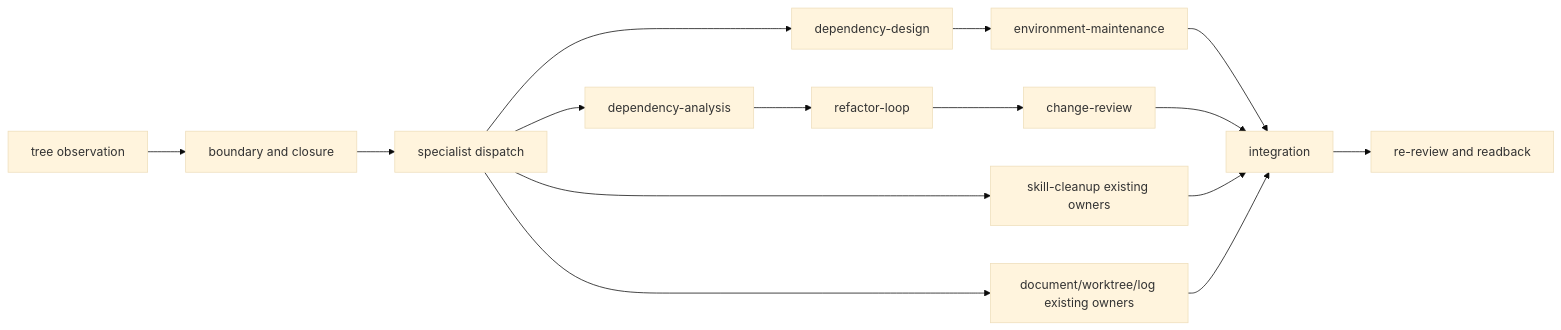
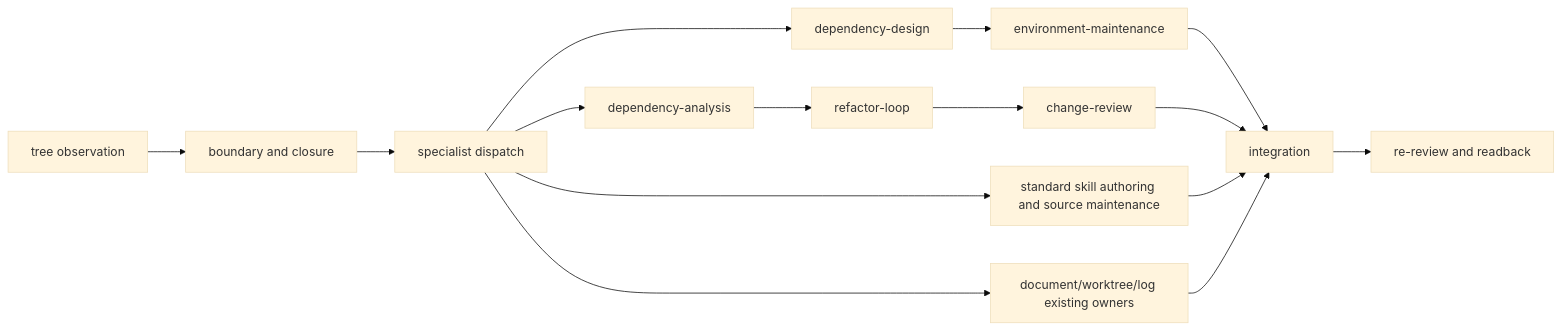
Before and after one commit to iwashita-nozomu/agent-canon: the diagram in documents/design/responsibility-cleanup.md, drawn with Mermaid (base theme). The commit also changed other lines of this file and 7 other files, not shown here.

First line of the commit message:
refactor(skills): retire skill-cleanup in favor of standard authoring (#1363)

````diff
--- a/documents/design/responsibility-cleanup.md
+++ b/documents/design/responsibility-cleanup.md
@@ -168,17 +190,17 @@
 ```mermaid
 flowchart LR
   observe[tree observation] --> classify[boundary and closure]
   classify --> dispatch[specialist dispatch]
   dispatch --> env[dependency-design]
   env --> envmaint[environment-maintenance]
   dispatch --> code[dependency-analysis]
   code --> refactor[refactor-loop]
   refactor --> review[change-review]
-  dispatch --> skill[skill-cleanup existing owners]
+  dispatch --> skill[standard skill authoring and source maintenance]
   dispatch --> docs[document/worktree/log existing owners]
   envmaint --> integrate[integration]
   review --> integrate
   skill --> integrate
   docs --> integrate
   integrate --> rereview[re-review and readback]
 ```
````
